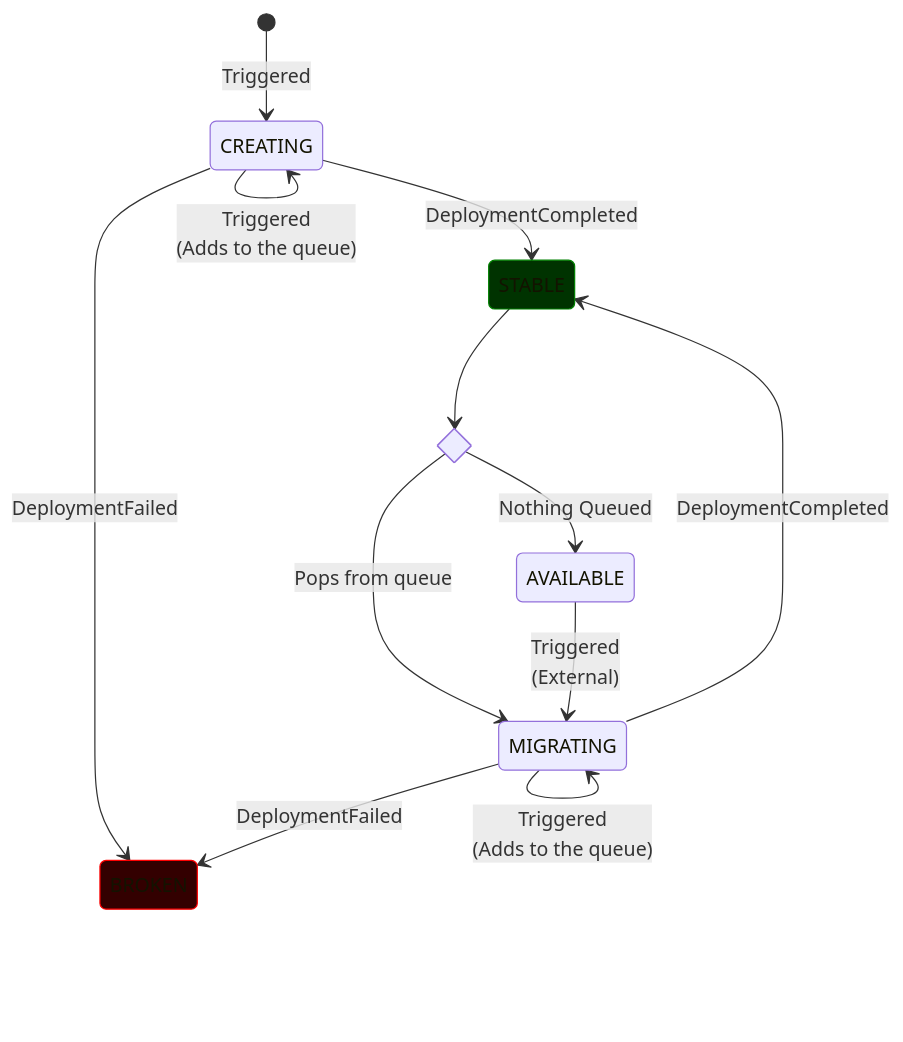
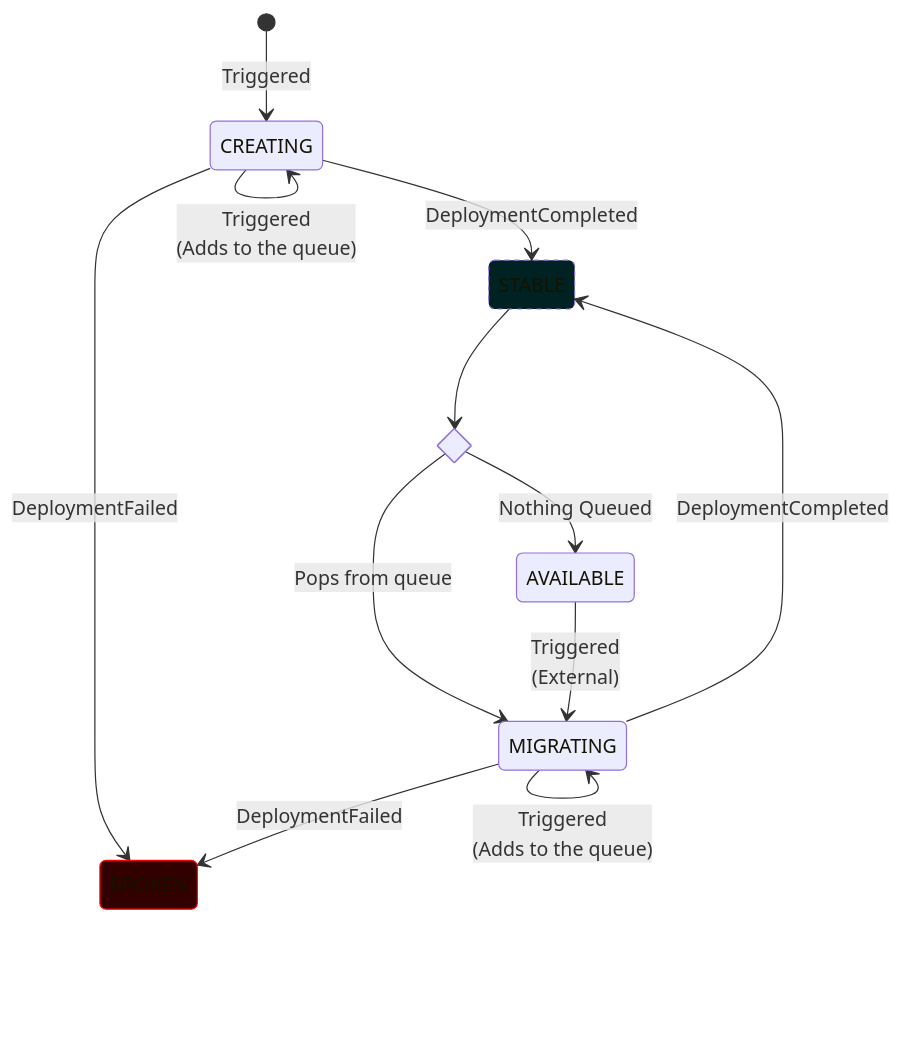
Before and after one commit to pentops/o5-pb: the first of 10 diagrams in proto/o5/deployer/v1/README.md, drawn with Mermaid. The commit also changed other lines of this file and 14 other files, not shown here.

````diff
--- a/proto/o5/deployer/v1/README.md
+++ b/proto/o5/deployer/v1/README.md
@@ -7,18 +7,18 @@
 ```mermaid
 stateDiagram-v2
-	classDef error stroke:red,fill:#330000
-    classDef auto stroke:green,fill:#003300
+    classDef auto fill:#002222,stroke-dasharray:4
+	classDef failed stroke:red,fill:#330000
 
 	[*] --> CREATING : Triggered
 	CREATING --> CREATING : Triggered<br>(Adds to the queue)
 	CREATING --> STABLE : DeploymentCompleted
 	state stable <<choice>>
 	STABLE:::auto --> stable
 	stable --> AVAILABLE : Nothing Queued
 	stable --> MIGRATING : Pops from queue
 	AVAILABLE --> MIGRATING : Triggered<br>(External)
 	MIGRATING --> STABLE : DeploymentCompleted
 	MIGRATING --> MIGRATING : Triggered<br>(Adds to the queue)
-	CREATING --> BROKEN:::error : DeploymentFailed
+	CREATING --> BROKEN:::failed : DeploymentFailed
 	MIGRATING --> BROKEN : DeploymentFailed
 ```
````
